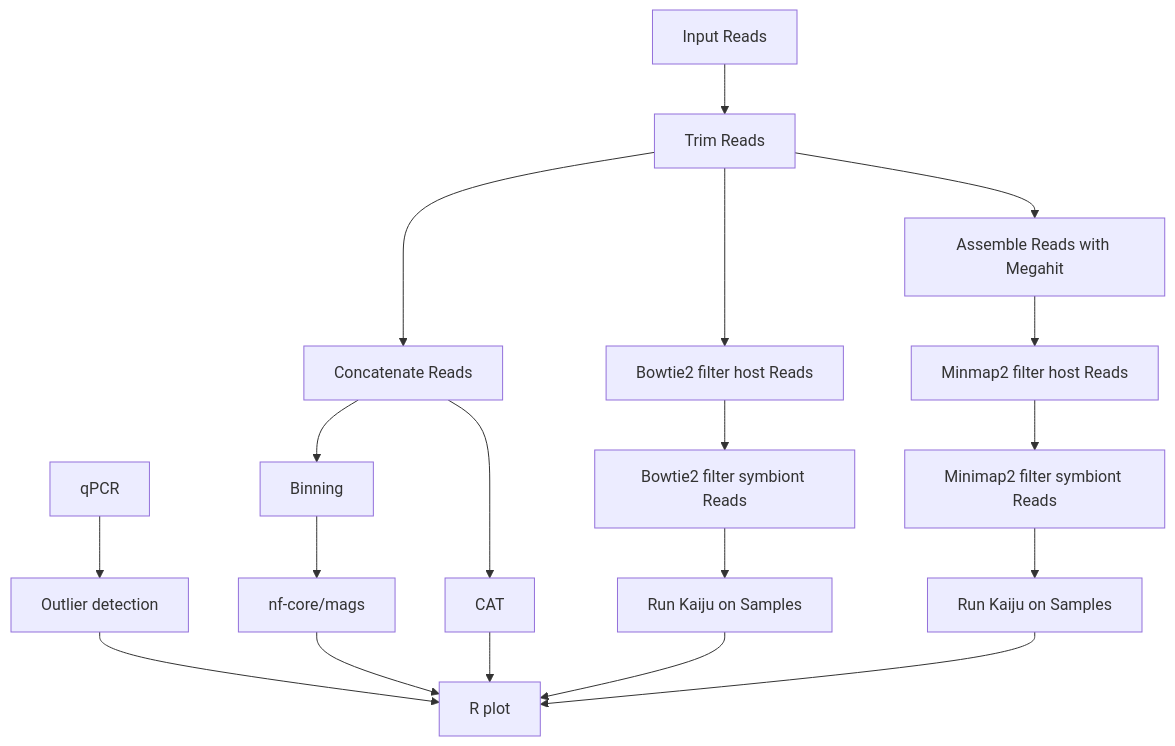
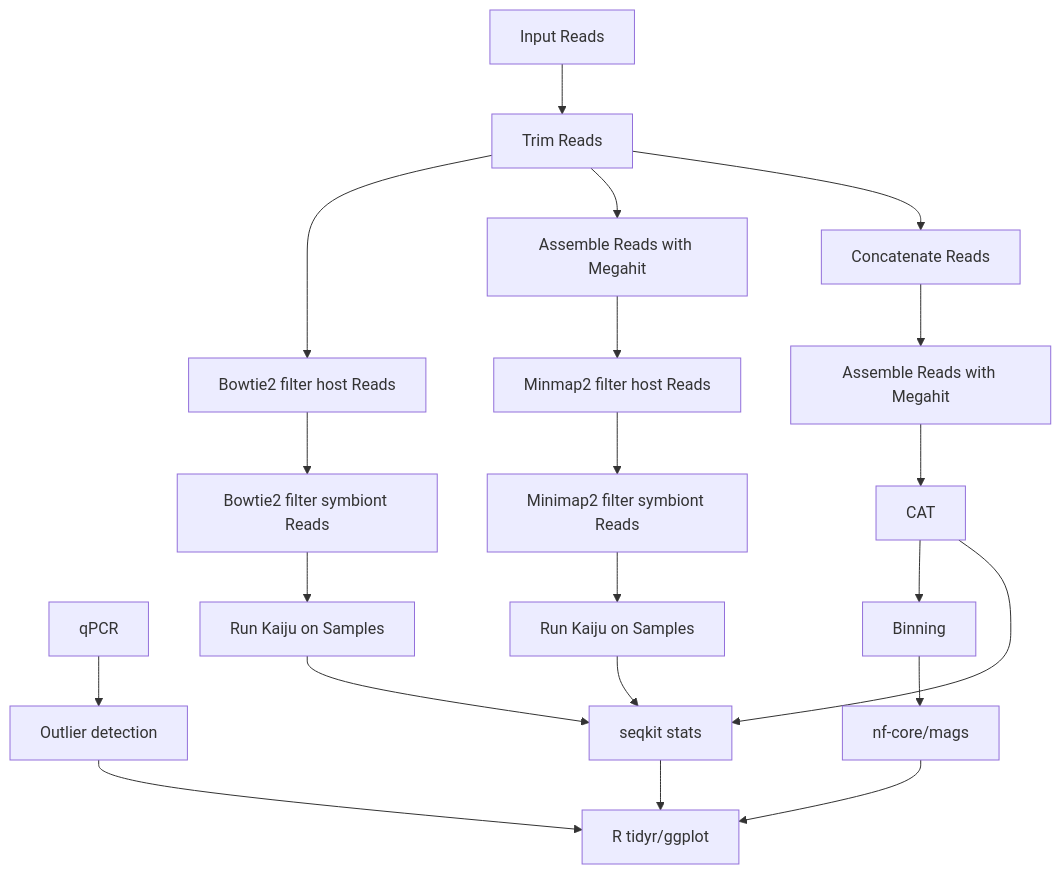
One commit to ColinL1/metaG_EukDepletion changed the diagram in README.md. Above: the diagram before and after it, drawn with Mermaid.

````diff
--- a/README.md
+++ b/README.md
@@ -7,27 +7,30 @@
 ```mermaid
 
 flowchart TD
 
   Q[qPCR] --> R[Outlier detection]
-  R -->  P[R plot]
+  R -->  P
 
   A[Input Reads] --> B[Trim Reads]
   B --> C[Bowtie2 filter host Reads]
   C --> D[Bowtie2 filter symbiont Reads]
   D --> E[Run Kaiju on Samples]
 
   B --> F[Assemble Reads with Megahit]
   F --> G[Minmap2 filter host Reads]
   G --> H[Minimap2 filter symbiont Reads]
   H --> J[Run Kaiju on Samples]
 
   B --> K[Concatenate Reads]
-  K --> L[CAT]
-  K --> M[Binning] 
-  M --> N[nf-core/mags]
+  K --> L[Assemble Reads with Megahit]
+  L --> M[CAT]
+  M --> N[Binning] 
+  N --> O[nf-core/mags]
+  S --> P[R tidyr/ggplot]
 
-  N --> P[R plot]
-  L --> P[R plot]
-  E --> P[R plot]
-  J --> P[R plot]
+  M --> S[seqkit stats]
+  E --> S
+  J --> S
+
+  O --> P
 ```
````
